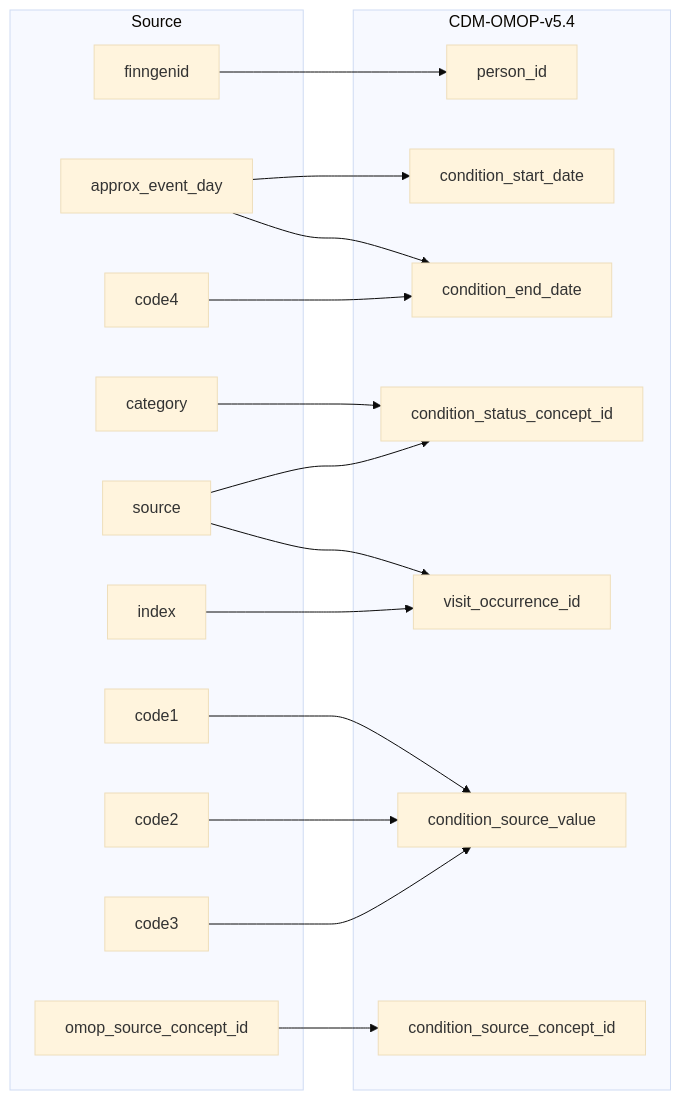
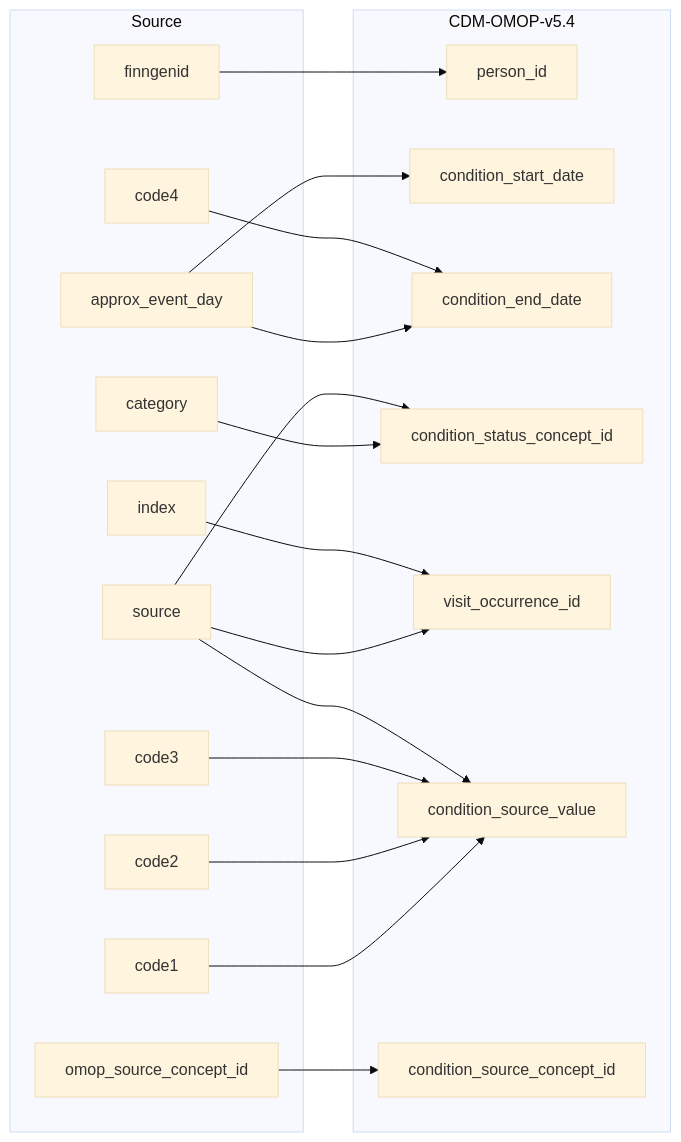
The diagram in 2_etl_specifications/documentation/stem_to_condition_occurrence.md (FINNGEN/ETL), drawn with Mermaid before and after one commit. The commit also changed other lines of this file and 14 other files, not shown here.

First line of the commit message:
Add SOURCE to _source_value in all domain tables (condition, procedure, device, measurement, observation)

````diff
--- a/2_etl_specifications/documentation/stem_to_condition_occurrence.md
+++ b/2_etl_specifications/documentation/stem_to_condition_occurrence.md
@@ -10,43 +10,44 @@
 ```mermaid
 %%{init: {'theme': 'base' } }%%
 %%{init: {'theme': 'base' } }%%
 flowchart LR
     subgraph Source
         finngenid
         source
         approx_event_day
         code1
         code2
         code3
         code4
         category
         index
         omop_source_concept_id
     end
 
     subgraph CDM-OMOP-v5.4
         person_id
         condition_start_date
         condition_end_date
         condition_status_concept_id
         visit_occurrence_id
         condition_source_value
         condition_source_concept_id
         
     end
 
     finngenid-->person_id
     approx_event_day-->condition_start_date
     approx_event_day-->condition_end_date
     code4-->condition_end_date
     category-->condition_status_concept_id
     source-->condition_status_concept_id
     source-->visit_occurrence_id
     index-->visit_occurrence_id
     code1-->condition_source_value
     code2-->condition_source_value
     code3-->condition_source_value
+    source-->condition_source_value
     
 
     omop_source_concept_id-->condition_source_concept_id
 ```
````
